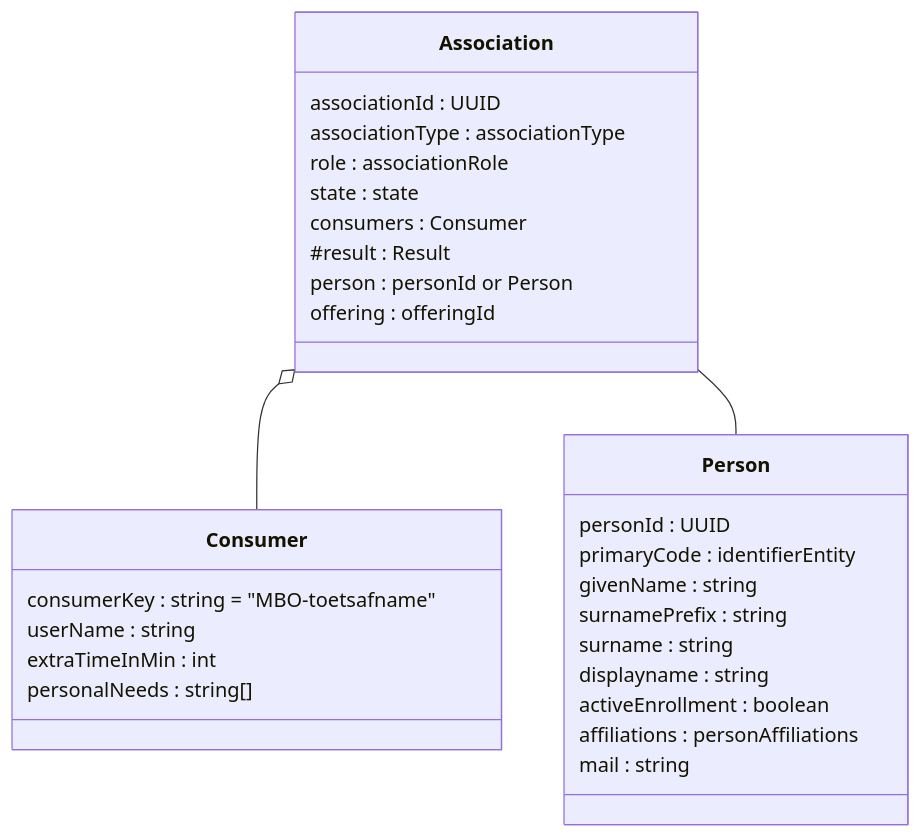
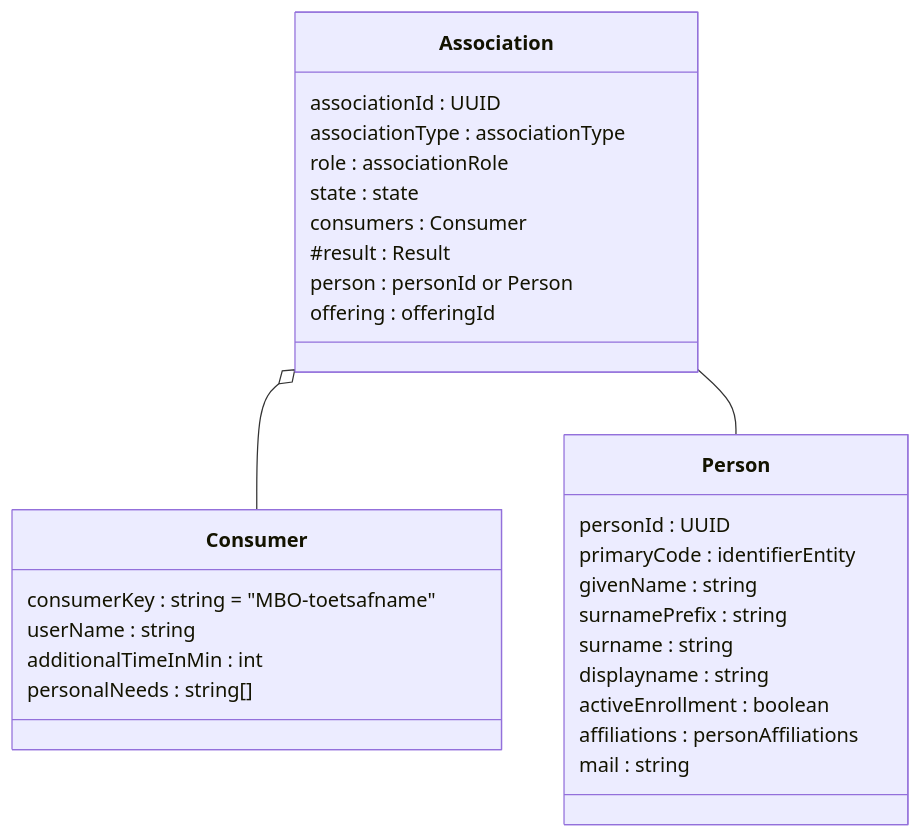
Before and after one commit to NetwerkExamineringDigitalisering/NED-OOAPI: the fourth of 10 diagrams in doc/flow2.md, drawn with Mermaid. The commit also changed other lines of this file, not shown here.

First line of the commit message:
Update flow2.md

````diff
--- a/doc/flow2.md
+++ b/doc/flow2.md
@@ -154,32 +154,32 @@
 ```mermaid
 classDiagram
     class Association {
     	associationId : UUID
 	associationType : associationType
 	role : associationRole
 	state : state
 	consumers : Consumer
 #	result : Result
 	person : personId or Person
 	offering : offeringId
     }
     class Consumer {
     	consumerKey : string = "MBO-toetsafname"
 	userName : string
-	extraTimeInMin : int
+	additionalTimeInMin : int
 	personalNeeds : string[]
     }
     class Person {
 	personId : UUID
 	primaryCode : identifierEntity
 	givenName : string
 	surnamePrefix : string 
 	surname : string
 	displayname : string
 	activeEnrollment : boolean 
 	affiliations : personAffiliations
 	mail : string
     }
     Association o-- Consumer
     Association -- Person
 ```
````
